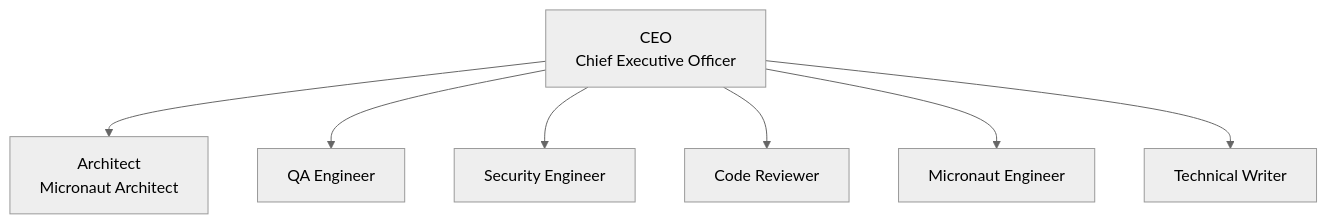
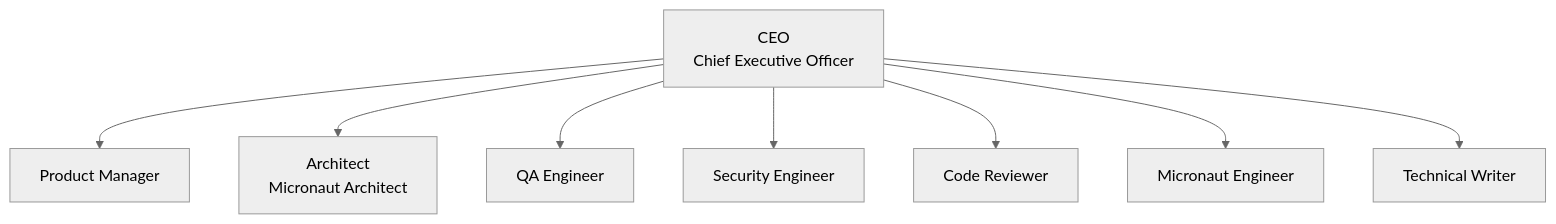
Before and after one commit to alvarosanchez/micronaut-agent-company: the second of 2 diagrams in README.md, drawn with Mermaid (neutral theme). The commit also changed other lines of this file and 21 other files, not shown here.

Commit message:
Add Product Manager discovery routine (#56)

````diff
--- a/README.md
+++ b/README.md
@@ -314,17 +324,19 @@
 ```mermaid
 flowchart TD
     CEO["CEO<br/>Chief Executive Officer"]
+    PM["Product Manager"]
     Architect["Architect<br/>Micronaut Architect"]
     QA["QA Engineer"]
     Security["Security Engineer"]
     Reviewer["Code Reviewer"]
     Engineer["Micronaut Engineer"]
     Writer["Technical Writer"]
 
+    CEO --> PM
     CEO --> Architect
     CEO --> QA
     CEO --> Security
     CEO --> Reviewer
     CEO --> Engineer
     CEO --> Writer
 ```
````
